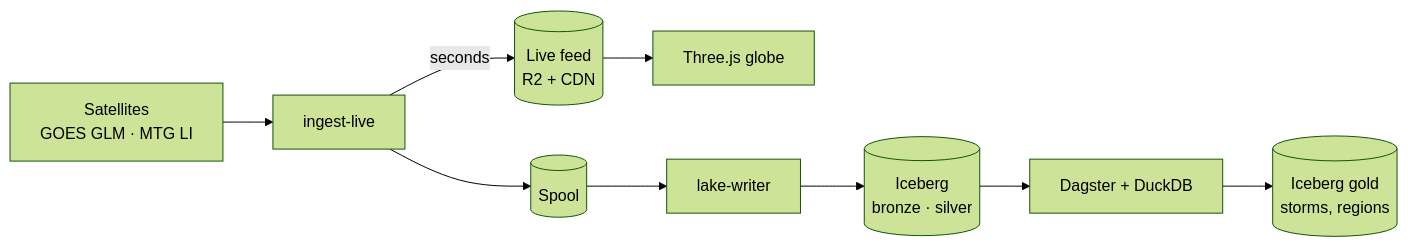
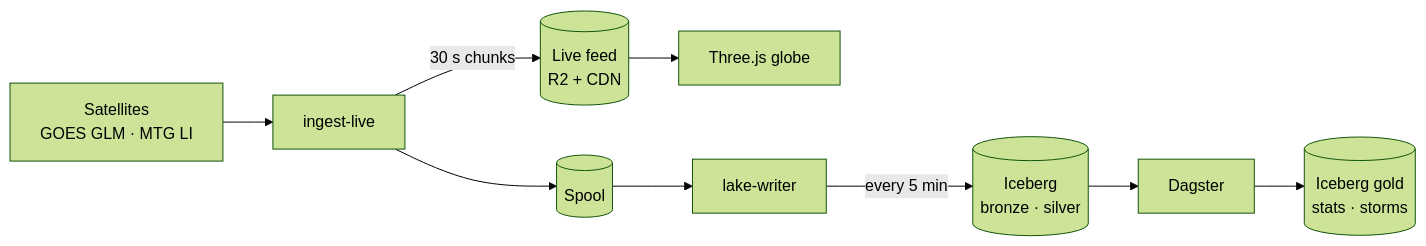
Before and after one commit to pierregc/scintille: the diagram in README.md, drawn with Mermaid (forest theme). The commit also changed other lines of this file, not shown here.

````diff
--- a/README.md
+++ b/README.md
@@ -13,8 +13,8 @@
 ```mermaid
 flowchart LR
     sat["Satellites<br/>GOES GLM · MTG LI"] --> ingest["ingest-live"]
-    ingest -->|seconds| live[("Live feed<br/>R2 + CDN")] --> globe["Three.js globe"]
+    ingest -->|30 s chunks| live[("Live feed<br/>R2 + CDN")] --> globe["Three.js globe"]
     ingest --> spool[("Spool")] --> writer["lake-writer"]
-    writer --> lake[("Iceberg<br/>bronze · silver")]
-    lake --> dagster["Dagster + DuckDB"] --> gold[("Iceberg gold<br/>storms, regions")]
+    writer -->|every 5 min| lake[("Iceberg<br/>bronze · silver")]
+    lake --> dagster["Dagster"] --> gold[("Iceberg gold<br/>stats · storms")]
 ```
````
